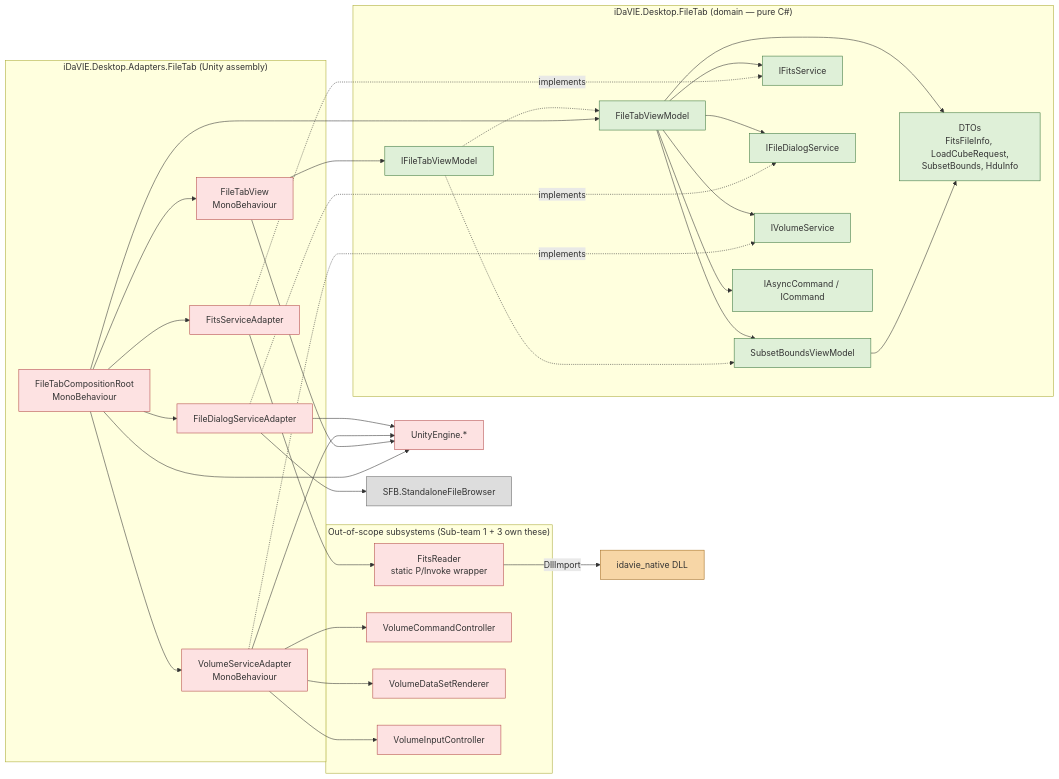
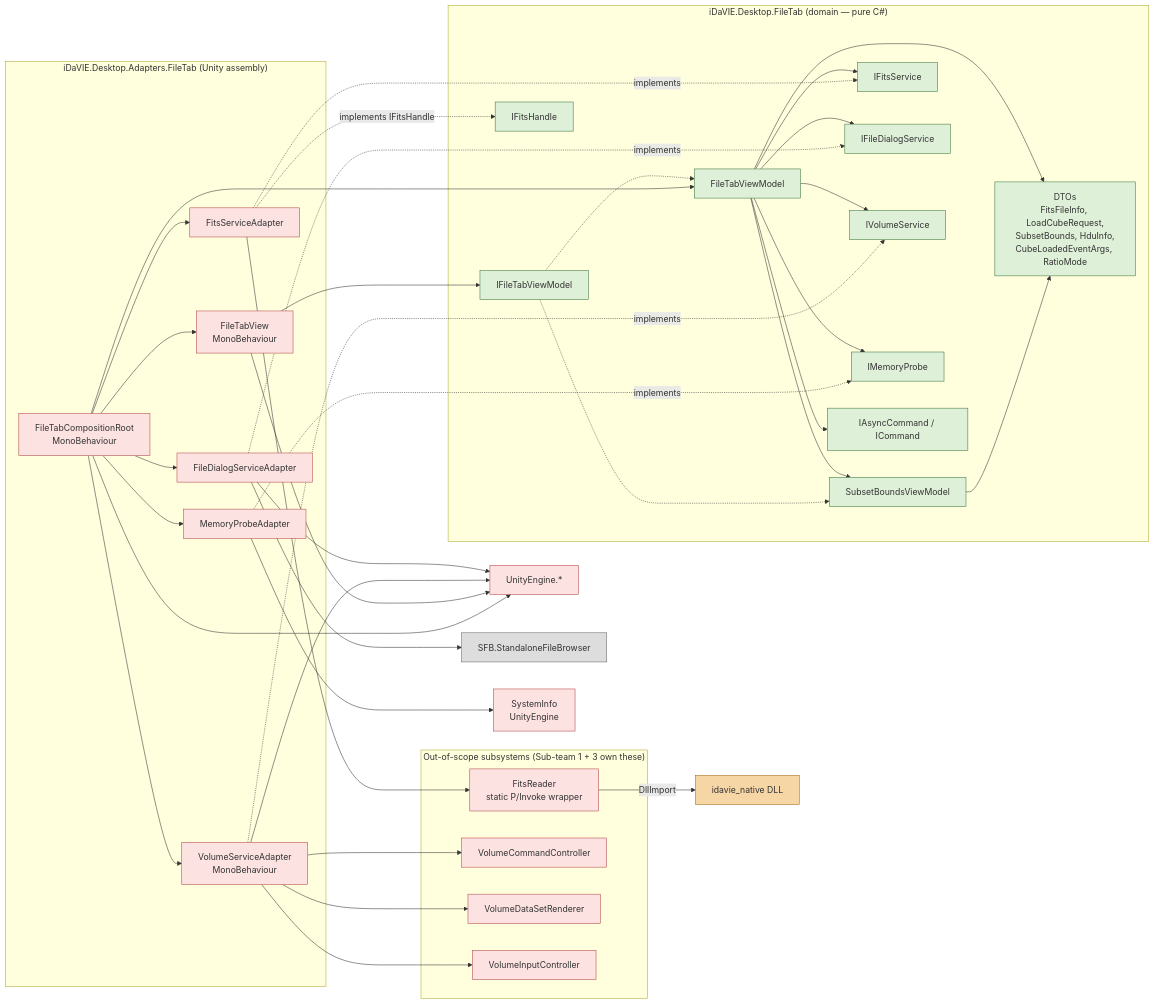
Before and after one commit to david-bol12/iDaVIE---Team-Alpha: the second of 2 diagrams in refactoring-examples/sub-team-6/file-tab/dependency-graph.md, drawn with Mermaid. The commit also changed other lines of this file and 3 other files, not shown here.

````diff
--- a/refactoring-examples/sub-team-6/file-tab/dependency-graph.md
+++ b/refactoring-examples/sub-team-6/file-tab/dependency-graph.md
@@ -71,73 +71,81 @@
 ```mermaid
 graph LR
     classDef unity   fill:#fde2e2,stroke:#b34747,color:#333
     classDef native  fill:#f7d6a6,stroke:#a36b1c,color:#333
     classDef domain  fill:#dff0d8,stroke:#3c763d,color:#333
     classDef external fill:#ddd,stroke:#666,color:#333
 
     subgraph DomainAsm["iDaVIE.Desktop.FileTab (domain — pure C#)"]
         IFTVM[IFileTabViewModel]:::domain
         FTVM[FileTabViewModel]:::domain
         SBV[SubsetBoundsViewModel]:::domain
         IFS[IFitsService]:::domain
+        IFH[IFitsHandle]:::domain
         IFD[IFileDialogService]:::domain
         IVS[IVolumeService]:::domain
-        DTOs[DTOs<br/>FitsFileInfo, LoadCubeRequest,<br/>SubsetBounds, HduInfo]:::domain
+        IMP[IMemoryProbe]:::domain
+        DTOs[DTOs<br/>FitsFileInfo, LoadCubeRequest,<br/>SubsetBounds, HduInfo,<br/>CubeLoadedEventArgs, RatioMode]:::domain
         Cmds[IAsyncCommand / ICommand]:::domain
     end
 
     subgraph AdaptersAsm["iDaVIE.Desktop.Adapters.FileTab (Unity assembly)"]
         FTV[FileTabView<br/>MonoBehaviour]:::unity
         FTCR[FileTabCompositionRoot<br/>MonoBehaviour]:::unity
         FSA[FitsServiceAdapter]:::unity
         FDA[FileDialogServiceAdapter]:::unity
         VSA[VolumeServiceAdapter<br/>MonoBehaviour]:::unity
+        MPA[MemoryProbeAdapter]:::unity
     end
 
     subgraph SubsystemAsm["Out-of-scope subsystems (Sub-team 1 + 3 own these)"]
         FR[FitsReader<br/>static P/Invoke wrapper]:::unity
         VCC[VolumeCommandController]:::unity
         VDSR[VolumeDataSetRenderer]:::unity
         VIC[VolumeInputController]:::unity
     end
 
     UE[UnityEngine.*]:::unity
     SFB[SFB.StandaloneFileBrowser]:::external
     Native[idavie_native DLL]:::native
 
     %% Domain → Domain (allowed)
     FTVM --> IFS
     FTVM --> IFD
     FTVM --> IVS
+    FTVM --> IMP
     FTVM --> SBV
     FTVM --> DTOs
     FTVM --> Cmds
     SBV --> DTOs
     IFTVM -.-> FTVM
     IFTVM -.-> SBV
 
     %% Adapters implement Domain interfaces (ACL — single direction)
     FSA  -.->|implements| IFS
+    FSA  -.->|implements IFitsHandle| IFH
     FDA  -.->|implements| IFD
     VSA  -.->|implements| IVS
+    MPA  -.->|implements| IMP
     FTV  --> IFTVM
 
     %% Adapter → external (allowed; this is what adapters are for)
     FSA --> FR
     FDA --> SFB
     FDA --> UE
     VSA --> VCC
     VSA --> VDSR
     VSA --> VIC
     VSA --> UE
+    MPA --> SysInfo[SystemInfo<br/>UnityEngine]:::unity
     FTV --> UE
     FTCR --> UE
     FR  -->|DllImport| Native
 
     %% Composition root is the ONLY edge from Adapters that touches concrete Domain classes
     FTCR --> FTVM
     FTCR --> FSA
     FTCR --> FDA
     FTCR --> VSA
+    FTCR --> MPA
     FTCR --> FTV
 ```
````
